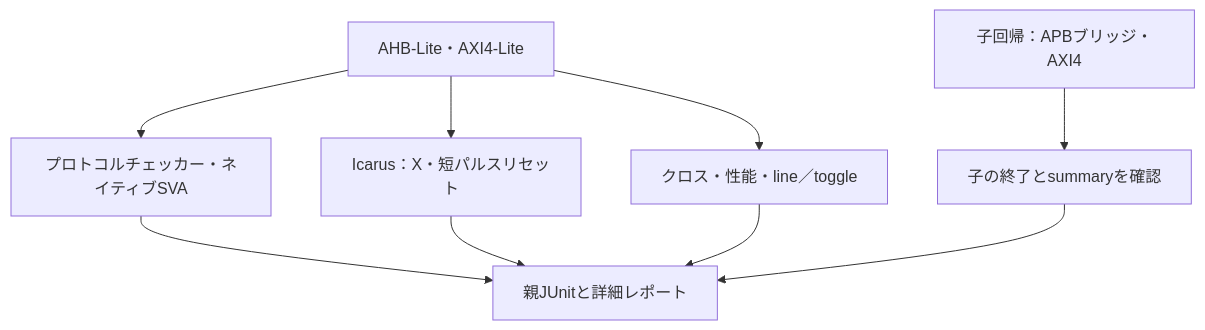
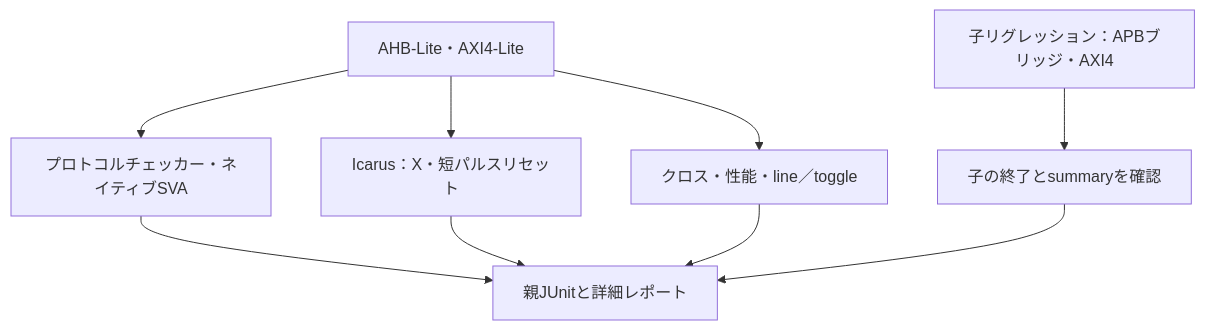
Before and after one commit to kurochan001/lsi-verification-method: the diagram in examples/local-bus-validation/README.md, drawn with Mermaid. The commit also changed other lines of this file and 91 other files, not shown here.

````diff
--- a/examples/local-bus-validation/README.md
+++ b/examples/local-bus-validation/README.md
@@ -9,13 +9,13 @@
 ```mermaid
 flowchart TD
   accTitle: 検査方式ごとの役割
   accDescr: 同じバスへ異なる検査を組み合わせ、合否、到達、性能、コード計測を別の結果として保存します。
   B["AHB-Lite・AXI4-Lite"] --> P["プロトコルチェッカー・ネイティブSVA"]
   B --> X["Icarus：X・短パルスリセット"]
   B --> C["クロス・性能・line／toggle"]
-  S["子回帰：APBブリッジ・AXI4"] --> G["子の終了とsummaryを確認"]
+  S["子リグレッション：APBブリッジ・AXI4"] --> G["子の終了とsummaryを確認"]
   P --> E["親JUnitと詳細レポート"]
   X --> E
   C --> E
   G --> E
 ```
````
